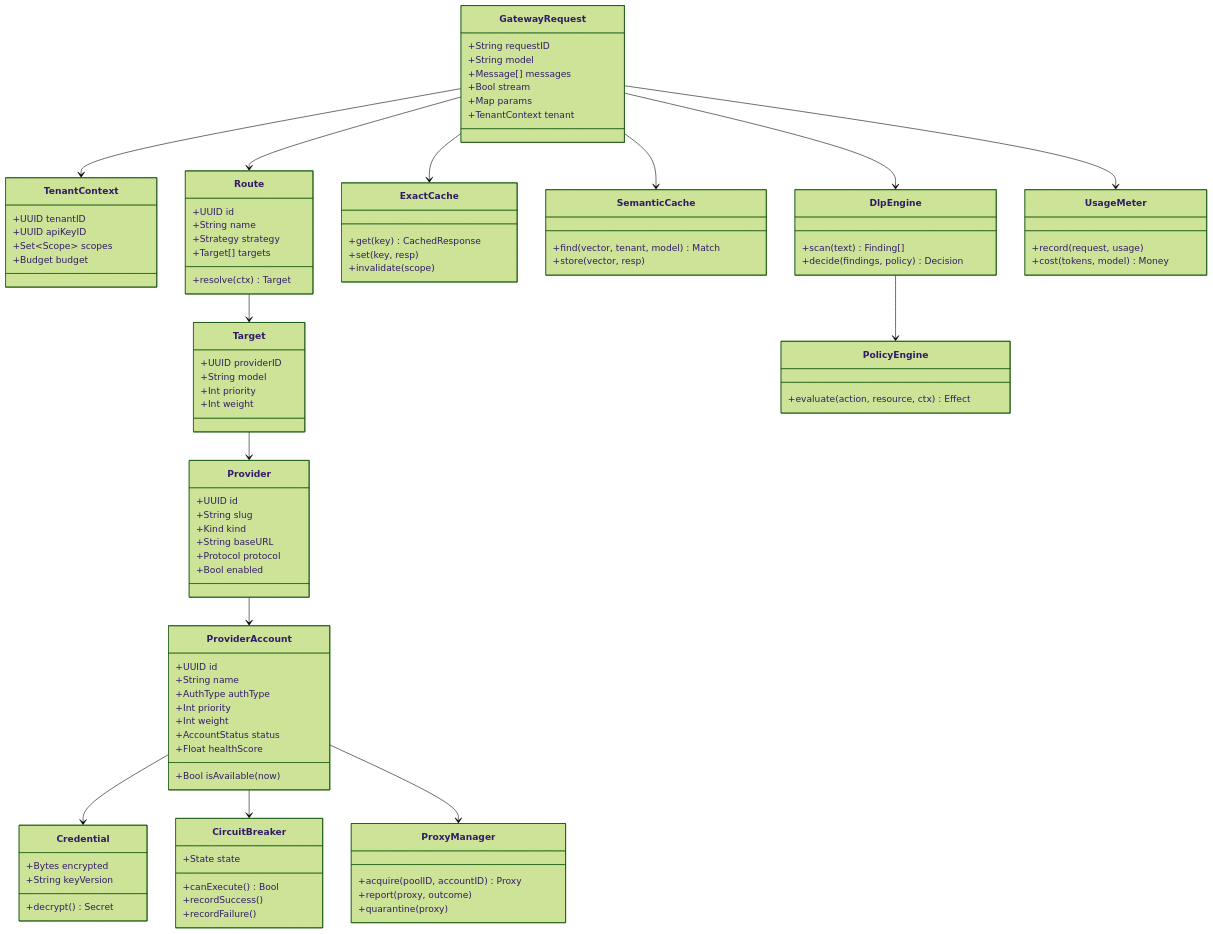
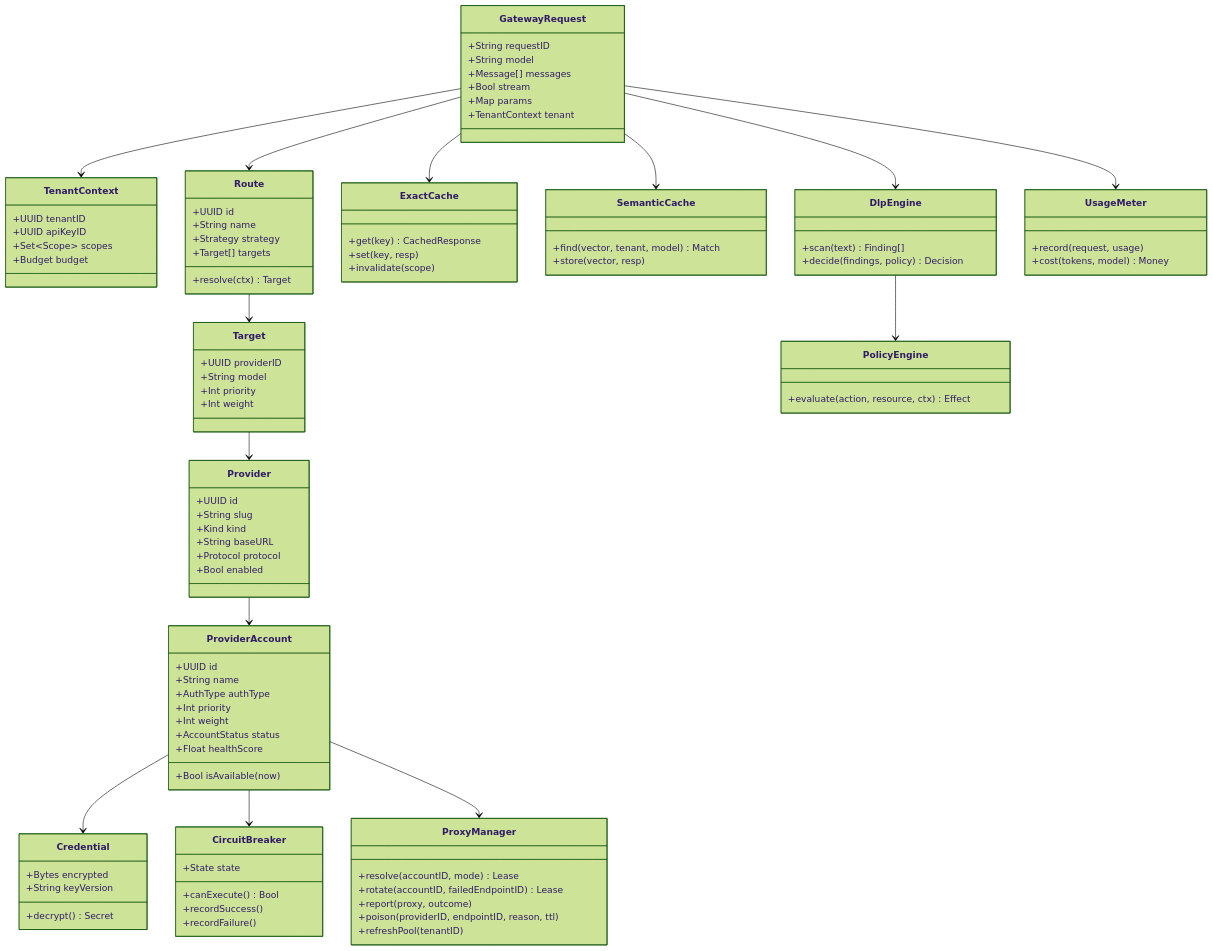
Before and after one commit to alltomatos/dontstop: the ninth of 12 diagrams in docs/03-UML.md, drawn with Mermaid (forest theme). The commit also changed other lines of this file and 161 other files, not shown here.

```diff
--- a/docs/03-UML.md
+++ b/docs/03-UML.md
@@ -381,9 +389,11 @@
       +decide(findings, policy) Decision
     }
     class ProxyManager {
-      +acquire(poolID, accountID) Proxy
+      +resolve(accountID, mode) Lease
+      +rotate(accountID, failedEndpointID) Lease
       +report(proxy, outcome)
-      +quarantine(proxy)
+      +poison(providerID, endpointID, reason, ttl)
+      +refreshPool(tenantID)
     }
     class UsageMeter {
       +record(request, usage)
```
